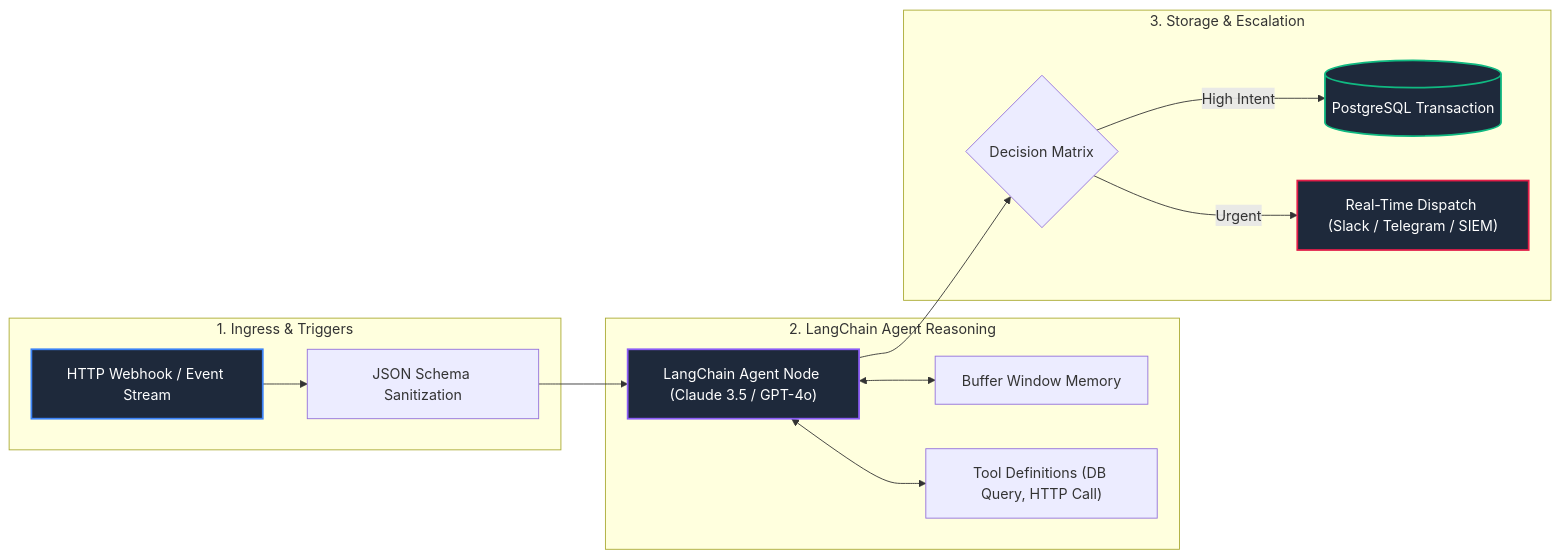
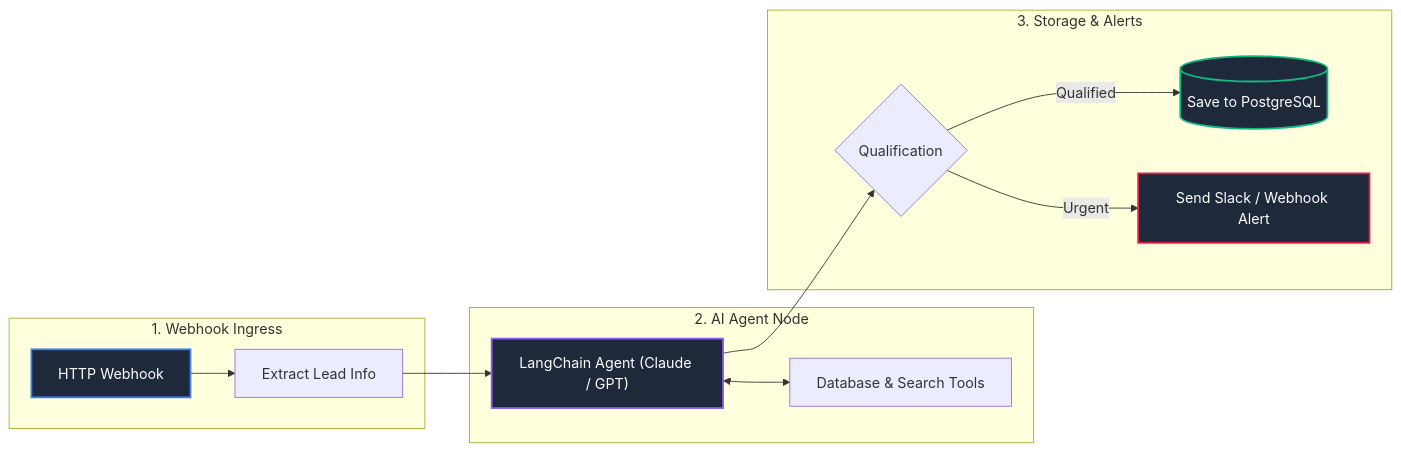
The diagram in README.md (coutinhoicaro/n8n-agentic-production-blueprints), drawn with Mermaid before and after one commit. The commit also changed other lines of this file, not shown here.

Commit message:
docs: simplify architecture overview and clarify reference blueprint scope

````diff
--- a/README.md
+++ b/README.md
@@ -30,23 +28,22 @@
 ```mermaid
 flowchart LR
-    subgraph Ingress ["1. Ingress & Triggers"]
-        WEBHOOK["HTTP Webhook / Event Stream"] --> VALIDATE["JSON Schema Sanitization"]
+    subgraph Ingress ["1. Webhook Ingress"]
+        WEBHOOK["HTTP Webhook"] --> VALIDATE["Extract Lead Info"]
     end
 
-    subgraph AgenticCore ["2. LangChain Agent Reasoning"]
-        VALIDATE --> AGENT["LangChain Agent Node (Claude 3.5 / GPT-4o)"]
-        AGENT <--> MEMORY["Buffer Window Memory"]
-        AGENT <--> TOOLS["Tool Definitions (DB Query, HTTP Call)"]
+    subgraph Reasoning ["2. AI Agent Node"]
+        VALIDATE --> AGENT["LangChain Agent (Claude / GPT)"]
+        AGENT <--> TOOLS["Database & Search Tools"]
     end
 
-    subgraph Persistence ["3. Storage & Escalation"]
-        AGENT --> ROUTE{"Decision Matrix"}
-        ROUTE -- "High Intent" --> DB[("PostgreSQL Transaction")]
-        ROUTE -- "Urgent" --> ALERT["Real-Time Dispatch (Slack / Telegram / SIEM)"]
+    subgraph Output ["3. Storage & Alerts"]
+        AGENT --> ROUTE{"Qualification"}
+        ROUTE -- "Qualified" --> DB[("Save to PostgreSQL")]
+        ROUTE -- "Urgent" --> ALERT["Send Slack / Webhook Alert"]
     end
 
     style WEBHOOK fill:#1e293b,stroke:#3b82f6,stroke-width:2px,color:#fff
     style AGENT fill:#1e293b,stroke:#8b5cf6,stroke-width:2px,color:#fff
     style DB fill:#1e293b,stroke:#10b981,stroke-width:2px,color:#fff
     style ALERT fill:#1e293b,stroke:#e11d48,stroke-width:2px,color:#fff
 ```
````
